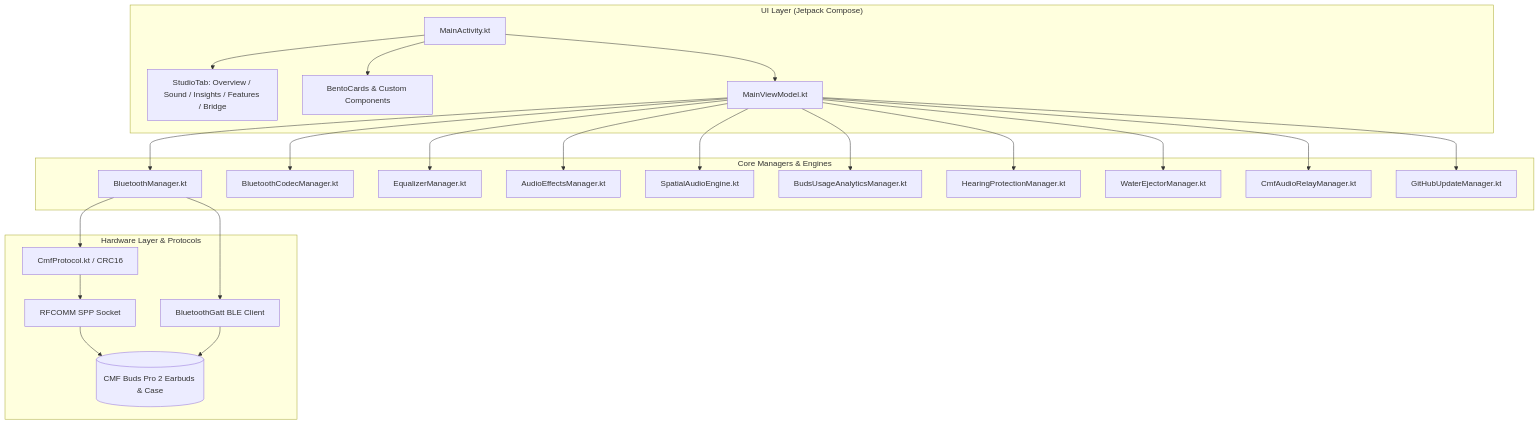
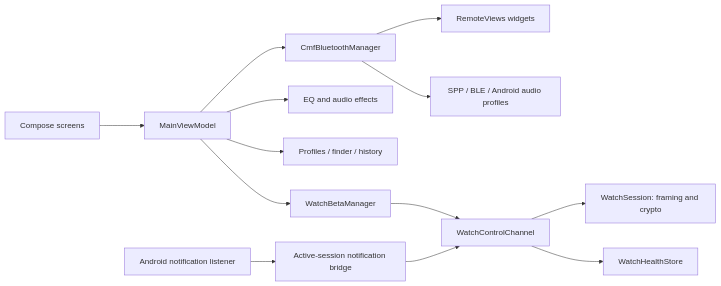
One commit to copilotfather/cmf-buds-pro-2-manager changed the diagram in ARCHITECTURE.md. Above: the diagram before and after it, drawn with Mermaid. The commit also changed other lines of this file and 49 other files, not shown here.

Commit message:
Release v2.4.0: companion features, Watch beta and repository refresh

````diff
--- a/ARCHITECTURE.md
+++ b/ARCHITECTURE.md
@@ -16,29 +7,15 @@
 ```mermaid
-flowchart TD
-    subgraph UI ["UI Layer (Jetpack Compose)"]
-        MA[MainActivity.kt] --> Tabs[StudioTab: Overview / Sound / Insights / Features / Bridge]
-        MA --> Cards[BentoCards & Custom Components]
-        MA --> VM[MainViewModel.kt]
-    end
-
-    subgraph Domain ["Core Managers & Engines"]
-        VM --> BM[BluetoothManager.kt]
-        VM --> BCM[BluetoothCodecManager.kt]
-        VM --> EQ[EqualizerManager.kt]
-        VM --> AE[AudioEffectsManager.kt]
-        VM --> SA[SpatialAudioEngine.kt]
-        VM --> UA[BudsUsageAnalyticsManager.kt]
-        VM --> HP[HearingProtectionManager.kt]
-        VM --> WE[WaterEjectorManager.kt]
-        VM --> AR[CmfAudioRelayManager.kt]
-        VM --> UM[GitHubUpdateManager.kt]
-    end
-
-    subgraph Hardware ["Hardware Layer & Protocols"]
-        BM --> CP[CmfProtocol.kt / CRC16]
-        CP --> SPP[RFCOMM SPP Socket]
-        BM --> GATT[BluetoothGatt BLE Client]
-        SPP --> BUDS[(CMF Buds Pro 2 Earbuds & Case)]
-        GATT --> BUDS
-    end
+flowchart LR
+  UI[Compose screens] --> VM[MainViewModel]
+  VM --> Buds[CmfBluetoothManager]
+  VM --> Audio[EQ and audio effects]
+  VM --> Tools[Profiles / finder / history]
+  VM --> Watch[WatchBetaManager]
+  Watch --> Control[WatchControlChannel]
+  Control --> Session[WatchSession: framing and crypto]
+  Control --> Health[WatchHealthStore]
+  Listener[Android notification listener] --> Bridge[Active-session notification bridge]
+  Bridge --> Control
+  Buds --> Widgets[RemoteViews widgets]
+  Buds --> Hardware[SPP / BLE / Android audio profiles]
 ```
````
